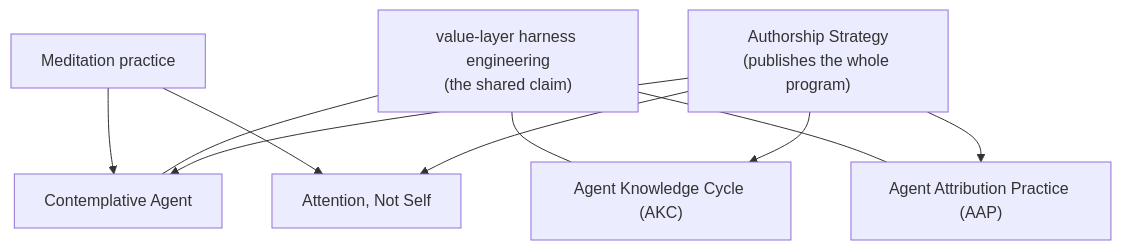
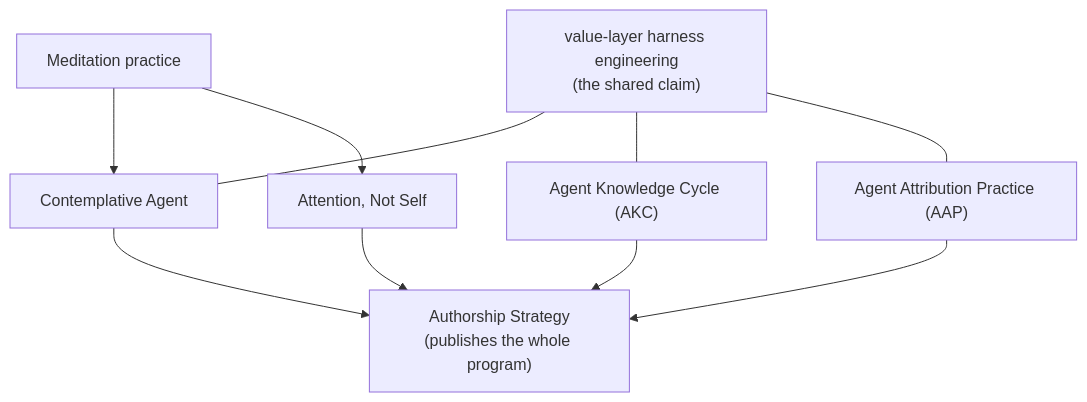
Before and after one commit to shimo4228/shimo4228: the diagram in README.md, drawn with Mermaid. The commit also changed 1 other file, not shown here.

Commit message:
docs(readme): untangle Through-line diagram by flowing lines into Authorship Strategy

````diff
--- a/README.md
+++ b/README.md
@@ -27,9 +27,9 @@
 ```mermaid
 graph TD
     M["Meditation practice"] --> CA["Contemplative Agent"]
     M --> ANS["Attention, Not Self"]
     V["value-layer harness engineering<br>(the shared claim)"] --- CA
     V --- AKC["Agent Knowledge Cycle (AKC)"]
     V --- AAP["Agent Attribution Practice (AAP)"]
-    AS["Authorship Strategy<br>(publishes the whole program)"] --> CA & AKC & AAP & ANS
+    CA & AKC & AAP & ANS --> AS["Authorship Strategy<br>(publishes the whole program)"]
 ```
````
